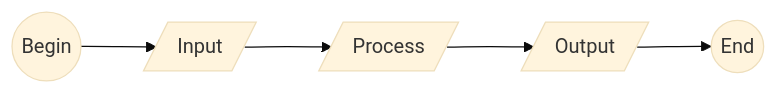
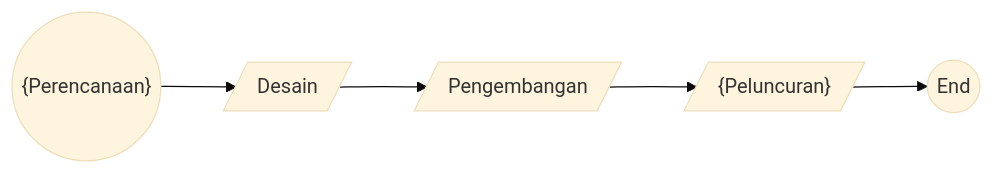
The diagram in content/notes/xx1000/hello-world.md (birongzah/lecture-notes), drawn with Mermaid (base theme) before and after one commit. The commit also changed other lines of this file, not shown here.

```diff
--- a/content/notes/xx1000/hello-world.md
+++ b/content/notes/xx1000/hello-world.md
@@ -14,12 +16,12 @@
 {{< mermaid >}}
 flowchart LR
-  B(("Begin"))
-  I[/"Input"/]
-  P[/"Process"/]
-  O[/"Output"/]
+  B(("{Perencanaan}"))
+  I[/"Desain"/]
+  P[/"Pengembangan"/]
+  O[/"{Peluncuran}"/]
   E(("End"))
   B --> I
   I --> P
   P --> O
   O --> E
 {{< /mermaid >}}
```
